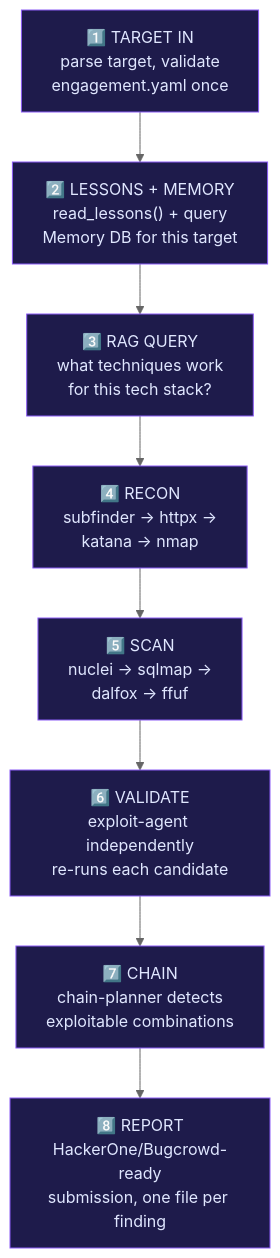
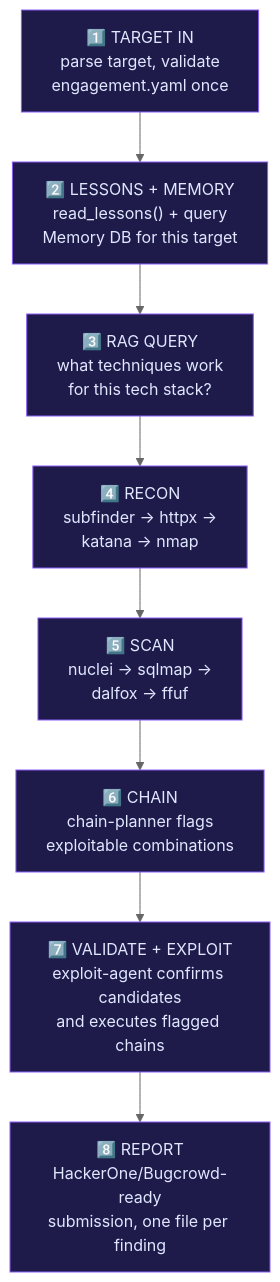
Before and after one commit to ankitsingh015/HuntMCP: the third of 3 diagrams in README.md, drawn with Mermaid (neutral theme). The commit also changed other lines of this file, not shown here.

First line of the commit message:
docs: trim README repetition, fix stale badge/diagram order, drop Project Structure

````diff
--- a/README.md
+++ b/README.md
@@ -315,16 +307,16 @@
 ```mermaid
 flowchart TD
     S1["1️⃣ TARGET IN<br/>parse target, validate<br/>engagement.yaml once"]
     S2["2️⃣ LESSONS + MEMORY<br/>read_lessons() + query<br/>Memory DB for this target"]
     S3["3️⃣ RAG QUERY<br/>what techniques work<br/>for this tech stack?"]
     S4["4️⃣ RECON<br/>subfinder → httpx →<br/>katana → nmap"]
     S5["5️⃣ SCAN<br/>nuclei → sqlmap →<br/>dalfox → ffuf"]
-    S6["6️⃣ VALIDATE<br/>exploit-agent independently<br/>re-runs each candidate"]
-    S7["7️⃣ CHAIN<br/>chain-planner detects<br/>exploitable combinations"]
+    S6["6️⃣ CHAIN<br/>chain-planner flags<br/>exploitable combinations"]
+    S7["7️⃣ VALIDATE + EXPLOIT<br/>exploit-agent confirms candidates<br/>and executes flagged chains"]
     S8["8️⃣ REPORT<br/>HackerOne/Bugcrowd-ready<br/>submission, one file per finding"]
 
     S1 --> S2 --> S3 --> S4 --> S5 --> S6 --> S7 --> S8
 
     classDef step fill:#1e1b4b,stroke:#8b5cf6,color:#e0e7ff
     class S1,S2,S3,S4,S5,S6,S7,S8 step
 ```
````
